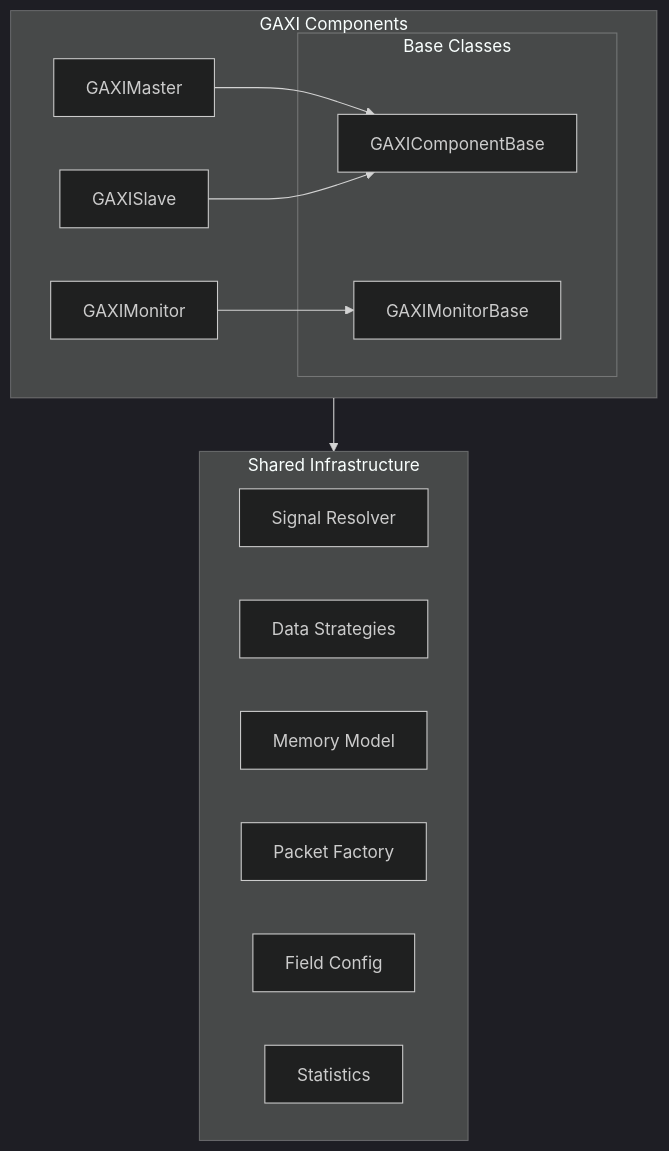
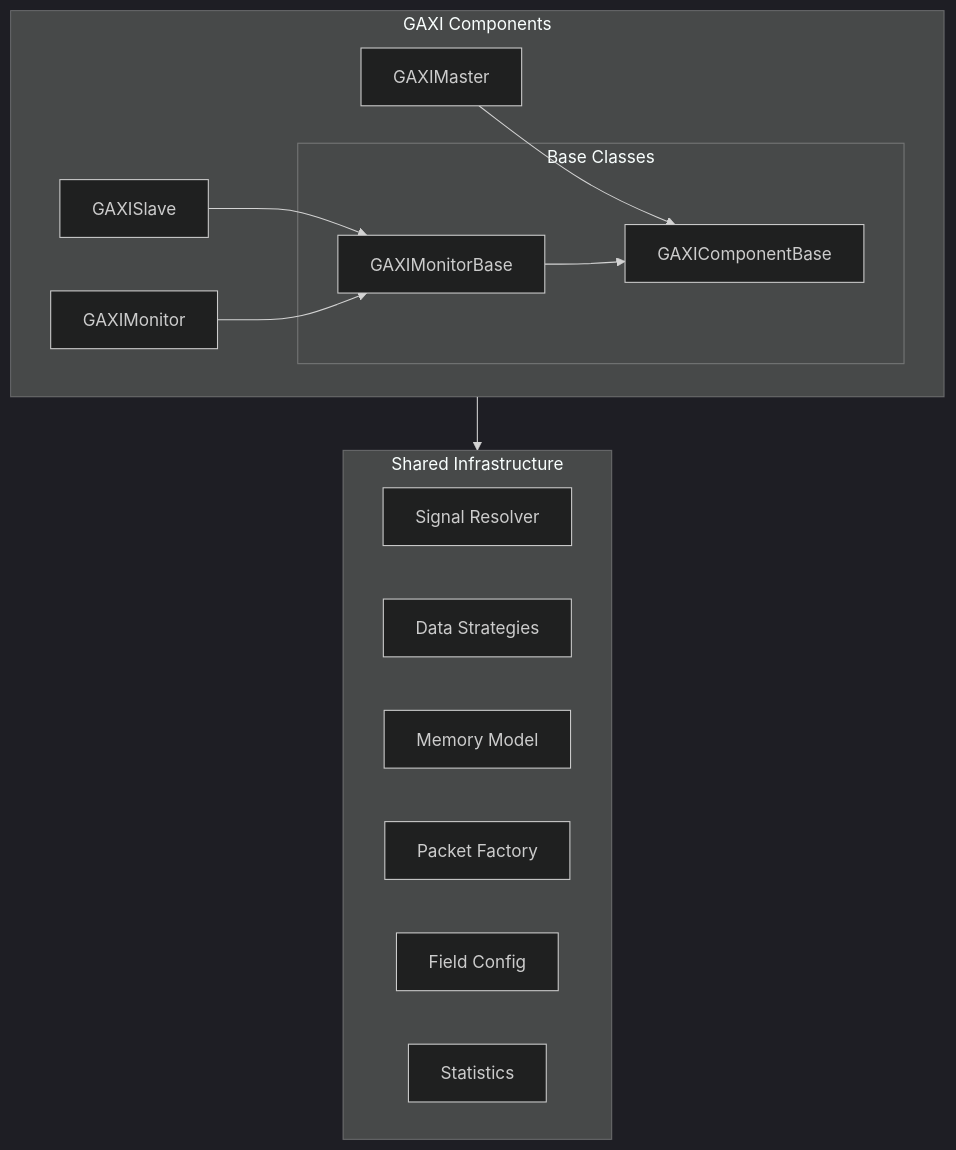
Before and after one commit to sean-galloway/RTLDesignSherpa-DV: the first of 3 diagrams in docs/components/gaxi/components_gaxi_overview.md, drawn with Mermaid (dark theme). The commit also changed 22 other files, not shown here.

````diff
--- a/docs/components/gaxi/components_gaxi_overview.md
+++ b/docs/components/gaxi/components_gaxi_overview.md
@@ -32,28 +32,29 @@
 ```mermaid
 graph TB
     subgraph GAXIComp["GAXI Components"]
         Master[GAXIMaster]
         Slave[GAXISlave]
         Monitor[GAXIMonitor]
 
         subgraph Base["Base Classes"]
             CompBase[GAXIComponentBase]
             MonBase[GAXIMonitorBase]
         end
 
         Master --> CompBase
-        Slave --> CompBase
+        Slave --> MonBase
         Monitor --> MonBase
+        MonBase --> CompBase
     end
 
     subgraph Shared["Shared Infrastructure"]
         SigRes[Signal Resolver]
         DataStrat[Data Strategies]
         MemMdl[Memory Model]
         PktFact[Packet Factory]
         FieldCfg[Field Config]
         Stats[Statistics]
     end
 
     GAXIComp --> Shared
 ```
````
